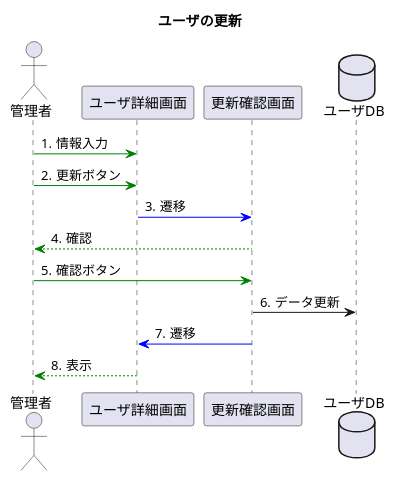
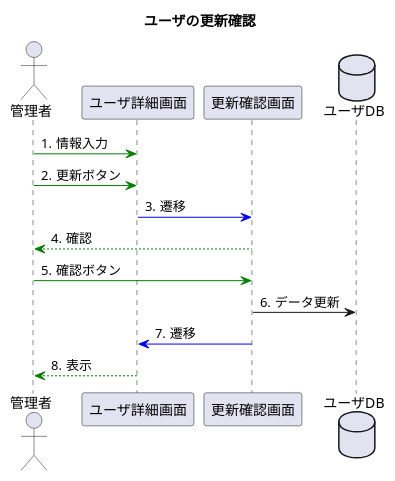
One commit to toufu66/ProjectC changed the diagram in uml/seq_update.pu. Above: the diagram before and after it, drawn with PlantUML.

Commit message:
シーケンス図 ユーザ更新確認

```diff
--- a/uml/seq_update.pu
+++ b/uml/seq_update.pu
@@ -1,20 +1,20 @@
 @startuml
-title ユーザの更新
+title ユーザの更新確認
 
 autonumber "#."
 
 actor 管理者
 participant ユーザ詳細画面
 participant 更新確認画面
 database ユーザDB
 
 
 管理者 -[#green]> ユーザ詳細画面:情報入力
 管理者 -[#green]> ユーザ詳細画面:更新ボタン
 ユーザ詳細画面 -[#blue]> 更新確認画面:遷移
 更新確認画面 --[#green]> 管理者:確認
 管理者 -[#green]>更新確認画面:確認ボタン
 更新確認画面 -> ユーザDB:データ更新
 更新確認画面 -[#blue]> ユーザ詳細画面:遷移
 ユーザ詳細画面 --[#green]> 管理者:表示
 @enduml
```
